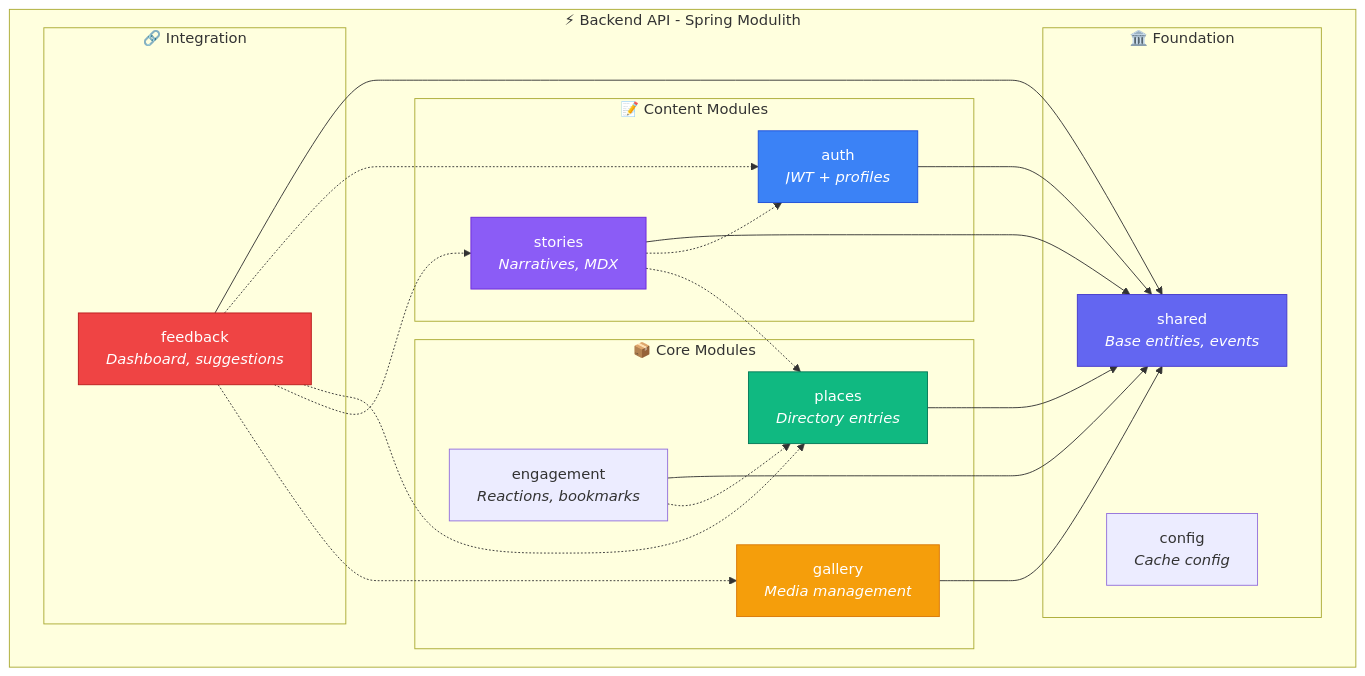
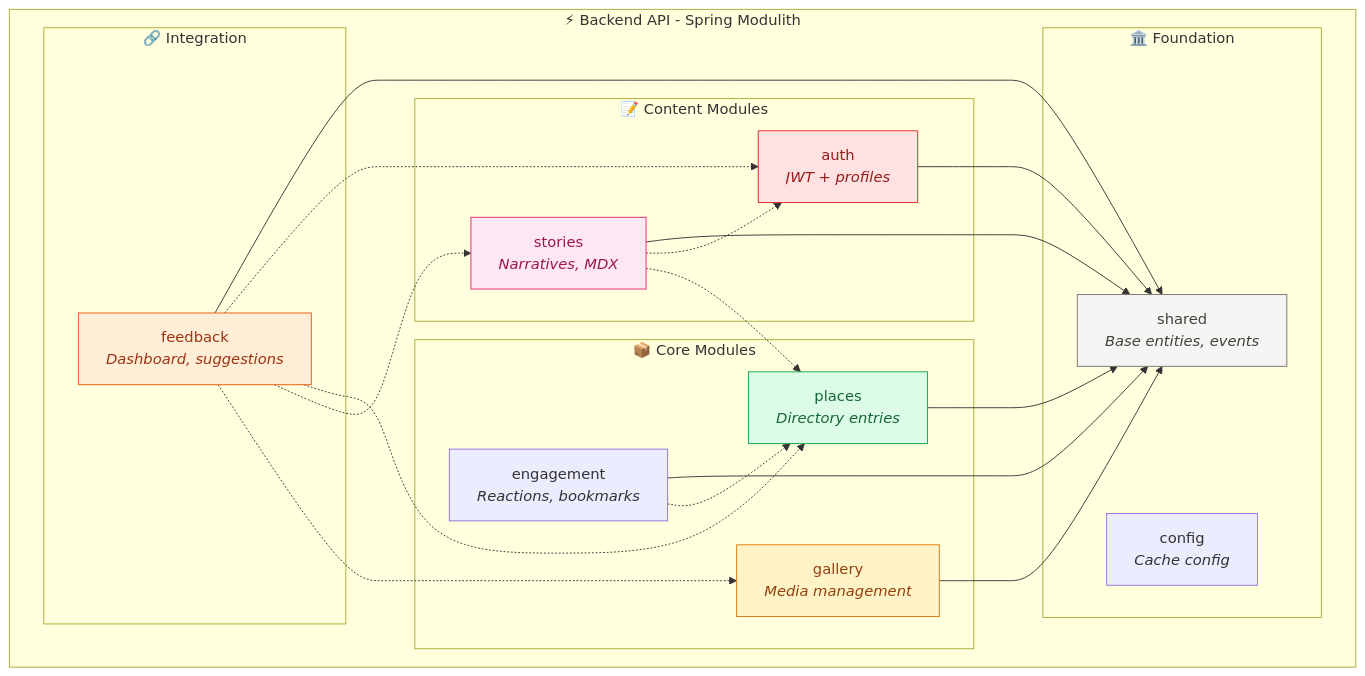
Before and after one commit to deznode/nosilha: the third of 6 diagrams in docs/architecture.md, drawn with Mermaid. The commit also changed other lines of this file and 8 other files, not shown here.

````diff
--- a/docs/architecture.md
+++ b/docs/architecture.md
@@ -193,45 +193,45 @@
 ```mermaid
 flowchart TB
     subgraph Backend["⚡ Backend API - Spring Modulith"]
         subgraph Foundation["🏛️ Foundation"]
             shared["shared\n<i>Base entities, events</i>"]
             config["config\n<i>Cache config</i>"]
         end
 
         subgraph Core["📦 Core Modules"]
             places["places\n<i>Directory entries</i>"]
             gallery["gallery\n<i>Media management</i>"]
             engagement["engagement\n<i>Reactions, bookmarks</i>"]
         end
 
         subgraph Content["📝 Content Modules"]
             auth["auth\n<i>JWT + profiles</i>"]
             stories["stories\n<i>Narratives, MDX</i>"]
         end
 
         subgraph Integration["🔗 Integration"]
             feedback["feedback\n<i>Dashboard, suggestions</i>"]
         end
     end
 
     places --> shared
     gallery --> shared
     engagement --> shared
     engagement -.-> places
     auth --> shared
     stories --> shared
     stories -.-> auth
     stories -.-> places
     feedback --> shared
     feedback -.-> auth
     feedback -.-> places
     feedback -.-> stories
     feedback -.-> gallery
 
-    style shared fill:#6366f1,stroke:#4338ca,color:#fff
-    style places fill:#10b981,stroke:#047857,color:#fff
-    style gallery fill:#f59e0b,stroke:#d97706,color:#fff
-    style auth fill:#3b82f6,stroke:#1d4ed8,color:#fff
-    style stories fill:#8b5cf6,stroke:#6d28d9,color:#fff
-    style feedback fill:#ef4444,stroke:#b91c1c,color:#fff
+    style shared fill:#f5f5f4,stroke:#78716c,color:#44403c
+    style places fill:#dcfce7,stroke:#16a34a,color:#166534
+    style gallery fill:#fef3c7,stroke:#d97706,color:#92400e
+    style auth fill:#fee2e2,stroke:#dc2626,color:#991b1b
+    style stories fill:#fce7f3,stroke:#db2777,color:#9d174d
+    style feedback fill:#ffedd5,stroke:#ea580c,color:#9a3412
 ```
````
